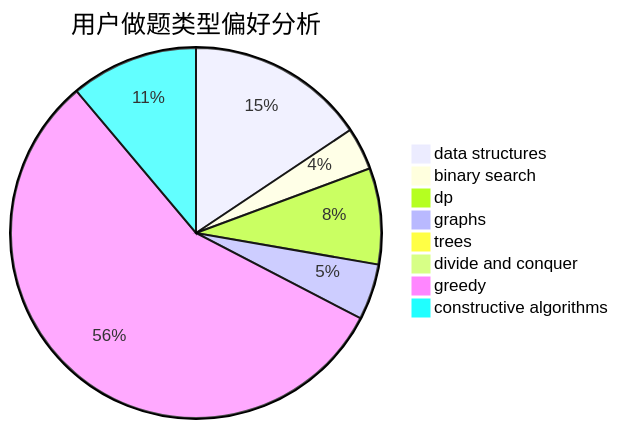
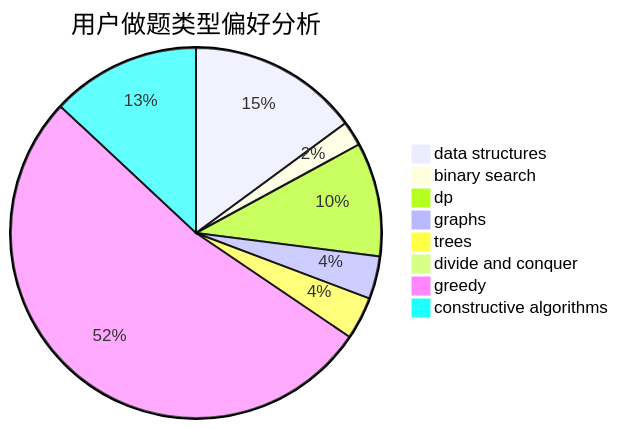
One commit to sherpahu/cfrs.github.io changed the second of 3 diagrams in docs/user/u2397.md. Above: the diagram before and after it, drawn with Mermaid. The commit also changed other lines of this file and 2770 other files, not shown here.

````diff
--- a/docs/user/u2397.md
+++ b/docs/user/u2397.md
@@ -23,11 +23,11 @@
 ```mermaid
 pie title 用户做题类型偏好分析
-    "data structures" :  80
-    "binary search" :  19
-    "dp" :  43
-    "graphs" :  25
-    "trees" :  4
-    "divide and conquer" :  1
-    "greedy" :  288
-    "constructive algorithms" :  57
+    "data structures" :  48
+    "binary search" :  7
+    "dp" :  32
+    "graphs" :  12
+    "trees" :  12
+    "divide and conquer" :  0
+    "greedy" :  169
+    "constructive algorithms" :  42
 ```
````
